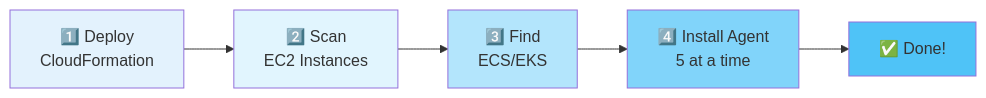
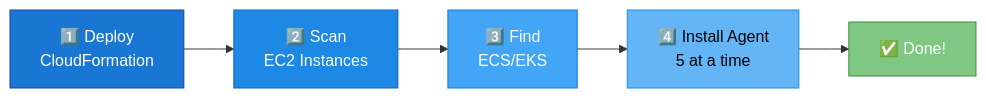
One commit to alejogaci/AWS_WS_Automate changed the second of 8 diagrams in ARCHITECTURE.md. Above: the diagram before and after it, drawn with Mermaid. The commit also changed other lines of this file, not shown here.

````diff
--- a/ARCHITECTURE.md
+++ b/ARCHITECTURE.md
@@ -30,13 +30,13 @@
 ```mermaid
 graph LR
     A[1️⃣ Deploy<br/>CloudFormation] --> B[2️⃣ Scan<br/>EC2 Instances]
     B --> C[3️⃣ Find<br/>ECS/EKS]
     C --> D[4️⃣ Install Agent<br/>5 at a time]
     D --> E[✅ Done!]
 
-    style A fill:#e3f2fd
-    style B fill:#e1f5fe
-    style C fill:#b3e5fc
-    style D fill:#81d4fa
-    style E fill:#4fc3f7
+    style A fill:#1976d2,stroke:#0d47a1,color:#fff
+    style B fill:#1e88e5,stroke:#1565c0,color:#fff
+    style C fill:#42a5f5,stroke:#1976d2,color:#fff
+    style D fill:#64b5f6,stroke:#1e88e5,color:#000
+    style E fill:#81c784,stroke:#388e3c,color:#fff
 ```
````
